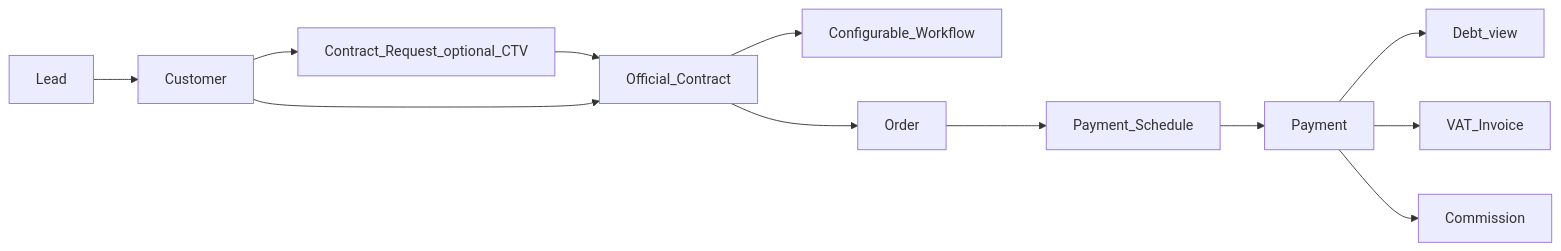
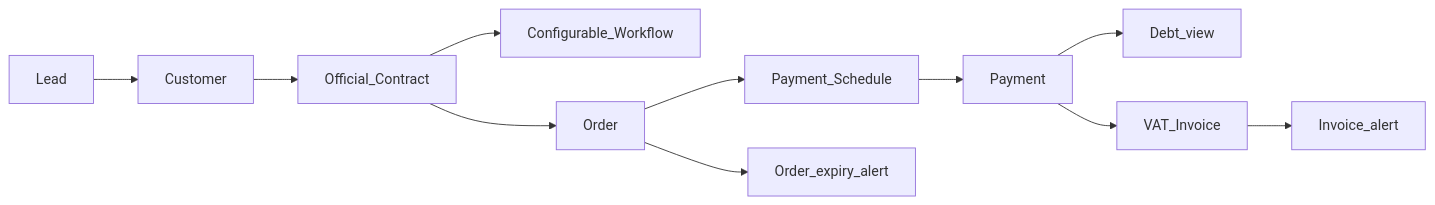
The second of 4 diagrams in docs/02-domain/BusinessCapabilityMap.md (PNCTriet/DYN_CRM_BACKEND), drawn with Mermaid before and after one commit. The commit also changed other lines of this file and 46 other files, not shown here.

````diff
--- a/docs/02-domain/BusinessCapabilityMap.md
+++ b/docs/02-domain/BusinessCapabilityMap.md
@@ -80,14 +75,13 @@
 ```mermaid
 flowchart LR
   Lead[Lead] --> Customer[Customer]
-  Customer --> ContractReq[Contract_Request_optional_CTV]
-  ContractReq --> Contract[Official_Contract]
-  Customer --> Contract
+  Customer --> Contract[Official_Contract]
   Contract --> Workflow[Configurable_Workflow]
   Contract --> Order[Order]
   Order --> Schedule[Payment_Schedule]
   Schedule --> Payment[Payment]
   Payment --> Debt[Debt_view]
   Payment --> Invoice[VAT_Invoice]
-  Payment --> Commission[Commission]
+  Order --> Expiry[Order_expiry_alert]
+  Invoice --> InvAlert[Invoice_alert]
 ```
````
